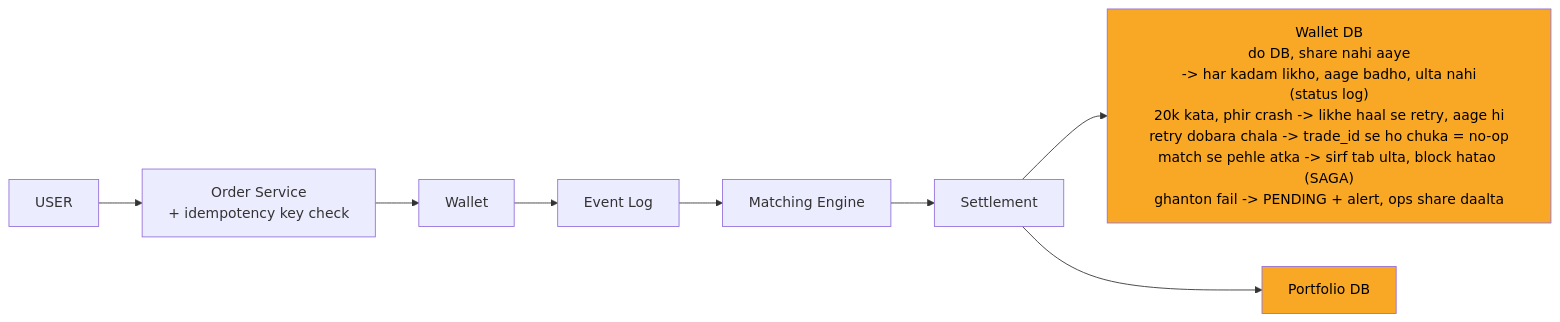
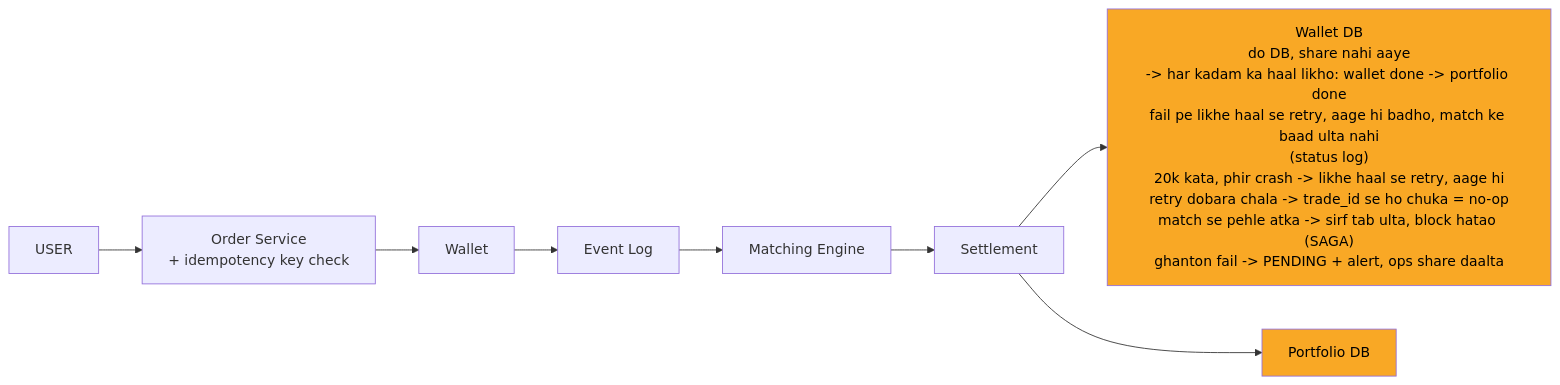
One commit to ArpanMaheshwari144/Prep changed the eighth of 10 diagrams in 04_HLD/SYSTEM_DESIGNS/05_stock_broker_trading/05_stock_broker_trading.md. Above: the diagram before and after it, drawn with Mermaid. The commit also changed other lines of this file and 13 other files, not shown here.

````diff
--- a/04_HLD/SYSTEM_DESIGNS/05_stock_broker_trading/05_stock_broker_trading.md
+++ b/04_HLD/SYSTEM_DESIGNS/05_stock_broker_trading/05_stock_broker_trading.md
@@ -311,21 +316,21 @@
 ```mermaid
 %%{init: {"flowchart": {"wrappingWidth": 450}}}%%
 flowchart LR
     n_USER["USER"]
     n_Order_Service["Order Service<br/>+ idempotency key check"]
     n_Wallet["Wallet"]
     n_Event_Log["Event Log"]
     n_Matching_Engine["Matching Engine"]
     n_Settlement["Settlement"]
-    n_Wallet_DB["Wallet DB<br/>do DB, share nahi aaye<br/>-> har kadam likho, aage badho, ulta nahi<br/>(status log)<br/>20k kata, phir crash -> likhe haal se retry, aage hi<br/>retry dobara chala -> trade_id se ho chuka = no-op<br/>match se pehle atka -> sirf tab ulta, block hatao (SAGA)<br/>ghanton fail -> PENDING + alert, ops share daalta"]
+    n_Wallet_DB["Wallet DB<br/>do DB, share nahi aaye<br/>-> har kadam ka haal likho: wallet done -> portfolio done<br/>fail pe likhe haal se retry, aage hi badho, match ke baad ulta nahi<br/>(status log)<br/>20k kata, phir crash -> likhe haal se retry, aage hi<br/>retry dobara chala -> trade_id se ho chuka = no-op<br/>match se pehle atka -> sirf tab ulta, block hatao (SAGA)<br/>ghanton fail -> PENDING + alert, ops share daalta"]
     n_Portfolio_DB["Portfolio DB"]
     n_USER --> n_Order_Service
     n_Order_Service --> n_Wallet
     n_Wallet --> n_Event_Log
     n_Event_Log --> n_Matching_Engine
     n_Matching_Engine --> n_Settlement
     n_Settlement --> n_Wallet_DB
     n_Settlement --> n_Portfolio_DB
     style n_Wallet_DB fill:#f9a825,color:#000
     style n_Portfolio_DB fill:#f9a825,color:#000
 ```
````
